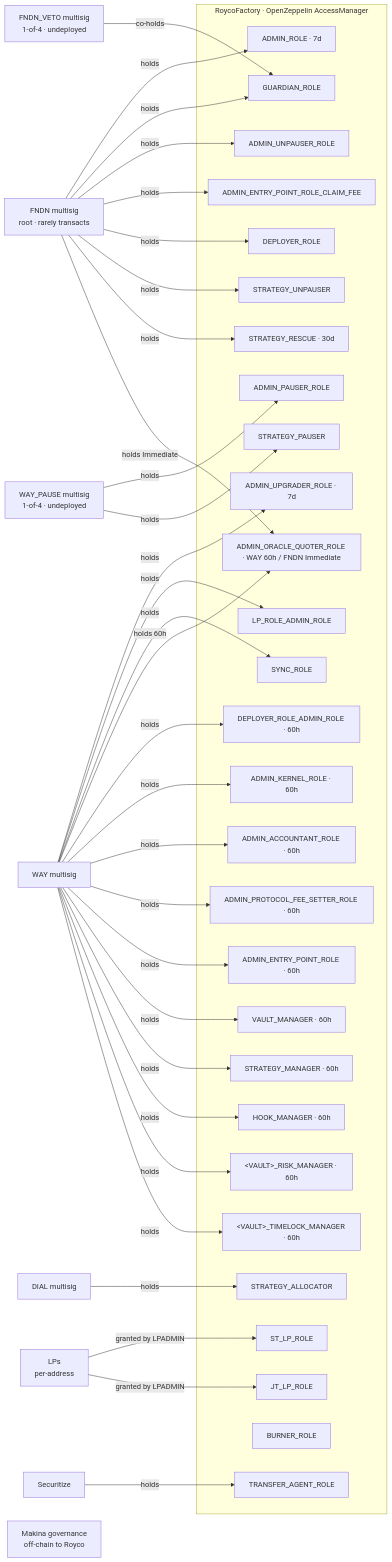
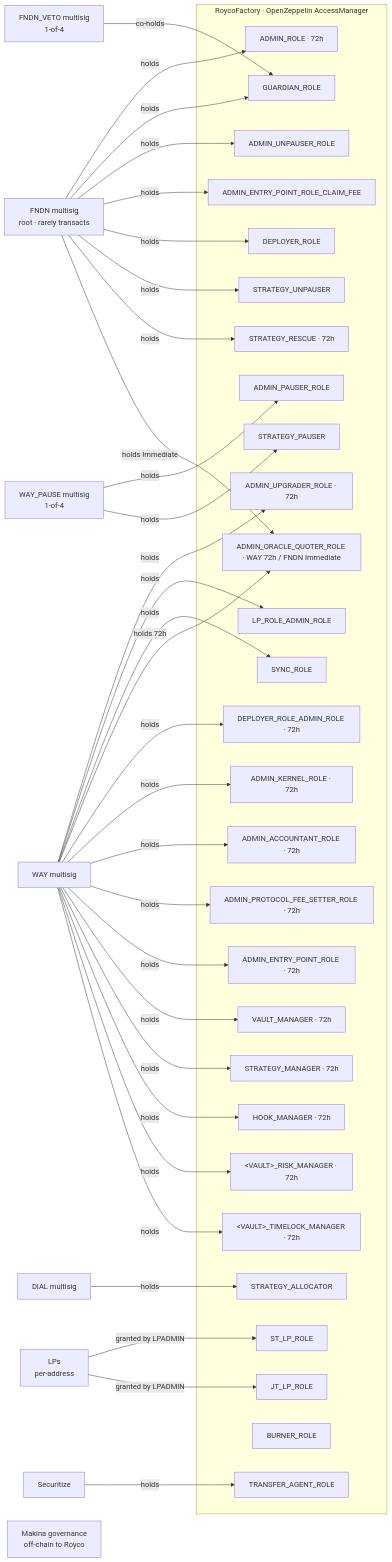
The first of 3 diagrams in docs/roles/diagram.md (roycoprotocol/Kerckhoffs), drawn with Mermaid before and after one commit. The commit also changed 29 other files, not shown here.

````diff
--- a/docs/roles/diagram.md
+++ b/docs/roles/diagram.md
@@ -7,80 +7,80 @@
 ```mermaid
 flowchart LR
     FNDN[FNDN multisig<br/>root · rarely transacts]
     WAY[WAY multisig]
-    WAYPAUSE[WAY_PAUSE multisig<br/>1-of-4 · undeployed]
-    FNDNVETO[FNDN_VETO multisig<br/>1-of-4 · undeployed]
+    WAYPAUSE[WAY_PAUSE multisig<br/>1-of-4]
+    FNDNVETO[FNDN_VETO multisig<br/>1-of-4]
     DIAL[DIAL multisig]
     LPS[LPs<br/>per-address]
     SEC[Securitize]
     MAKINA[Makina governance<br/>off-chain to Royco]
 
     subgraph AM[RoycoFactory · OpenZeppelin AccessManager]
-        ADMIN[ADMIN_ROLE · 7d]
+        ADMIN[ADMIN_ROLE · 72h]
         GUARDIAN[GUARDIAN_ROLE]
         UNPAUSER[ADMIN_UNPAUSER_ROLE]
         EPCLAIM[ADMIN_ENTRY_POINT_ROLE_CLAIM_FEE]
         DEPLOYER[DEPLOYER_ROLE]
 
         PAUSER[ADMIN_PAUSER_ROLE]
-        UPGRADER[ADMIN_UPGRADER_ROLE · 7d]
+        UPGRADER[ADMIN_UPGRADER_ROLE · 72h]
         LPADMIN[LP_ROLE_ADMIN_ROLE]
         SYNC[SYNC_ROLE]
-        ORACLE[ADMIN_ORACLE_QUOTER_ROLE · WAY 60h / FNDN Immediate]
-        DEPLOYERADMIN[DEPLOYER_ROLE_ADMIN_ROLE · 60h]
-        KERNEL[ADMIN_KERNEL_ROLE · 60h]
-        ACCT[ADMIN_ACCOUNTANT_ROLE · 60h]
-        FEES[ADMIN_PROTOCOL_FEE_SETTER_ROLE · 60h]
-        EP[ADMIN_ENTRY_POINT_ROLE · 60h]
-        VM[VAULT_MANAGER · 60h]
-        SM[STRATEGY_MANAGER · 60h]
-        HM[HOOK_MANAGER · 60h]
-        RM["&lt;VAULT&gt;_RISK_MANAGER · 60h"]
-        TLM["&lt;VAULT&gt;_TIMELOCK_MANAGER · 60h"]
+        ORACLE[ADMIN_ORACLE_QUOTER_ROLE · WAY 72h / FNDN Immediate]
+        DEPLOYERADMIN[DEPLOYER_ROLE_ADMIN_ROLE · 72h]
+        KERNEL[ADMIN_KERNEL_ROLE · 72h]
+        ACCT[ADMIN_ACCOUNTANT_ROLE · 72h]
+        FEES[ADMIN_PROTOCOL_FEE_SETTER_ROLE · 72h]
+        EP[ADMIN_ENTRY_POINT_ROLE · 72h]
+        VM[VAULT_MANAGER · 72h]
+        SM[STRATEGY_MANAGER · 72h]
+        HM[HOOK_MANAGER · 72h]
+        RM["&lt;VAULT&gt;_RISK_MANAGER · 72h"]
+        TLM["&lt;VAULT&gt;_TIMELOCK_MANAGER · 72h"]
 
         SPAUSER[STRATEGY_PAUSER]
         SUNPAUSER[STRATEGY_UNPAUSER]
-        SRESCUE[STRATEGY_RESCUE · 30d]
+        SRESCUE[STRATEGY_RESCUE · 72h]
         SALLOC[STRATEGY_ALLOCATOR]
 
         STLP[ST_LP_ROLE]
         JTLP[JT_LP_ROLE]
         BURNER[BURNER_ROLE]
 
         TA[TRANSFER_AGENT_ROLE]
     end
 
     FNDN -->|holds| ADMIN
     FNDN -->|holds| GUARDIAN
     FNDN -->|holds| UNPAUSER
     FNDN -->|holds| EPCLAIM
     FNDN -->|holds| DEPLOYER
     FNDN -->|holds| SUNPAUSER
     FNDN -->|holds| SRESCUE
     FNDN -->|holds Immediate| ORACLE
 
     FNDNVETO -->|co-holds| GUARDIAN
 
     WAYPAUSE -->|holds| PAUSER
     WAYPAUSE -->|holds| SPAUSER
 
     WAY -->|holds| UPGRADER
     WAY -->|holds| LPADMIN
     WAY -->|holds| SYNC
-    WAY -->|holds 60h| ORACLE
+    WAY -->|holds 72h| ORACLE
     WAY -->|holds| DEPLOYERADMIN
     WAY -->|holds| KERNEL
     WAY -->|holds| ACCT
     WAY -->|holds| FEES
     WAY -->|holds| EP
     WAY -->|holds| VM
     WAY -->|holds| SM
     WAY -->|holds| HM
     WAY -->|holds| RM
     WAY -->|holds| TLM
 
     DIAL -->|holds| SALLOC
     LPS -->|granted by LPADMIN| STLP
     LPS -->|granted by LPADMIN| JTLP
     SEC -->|holds| TA
 ```
````
